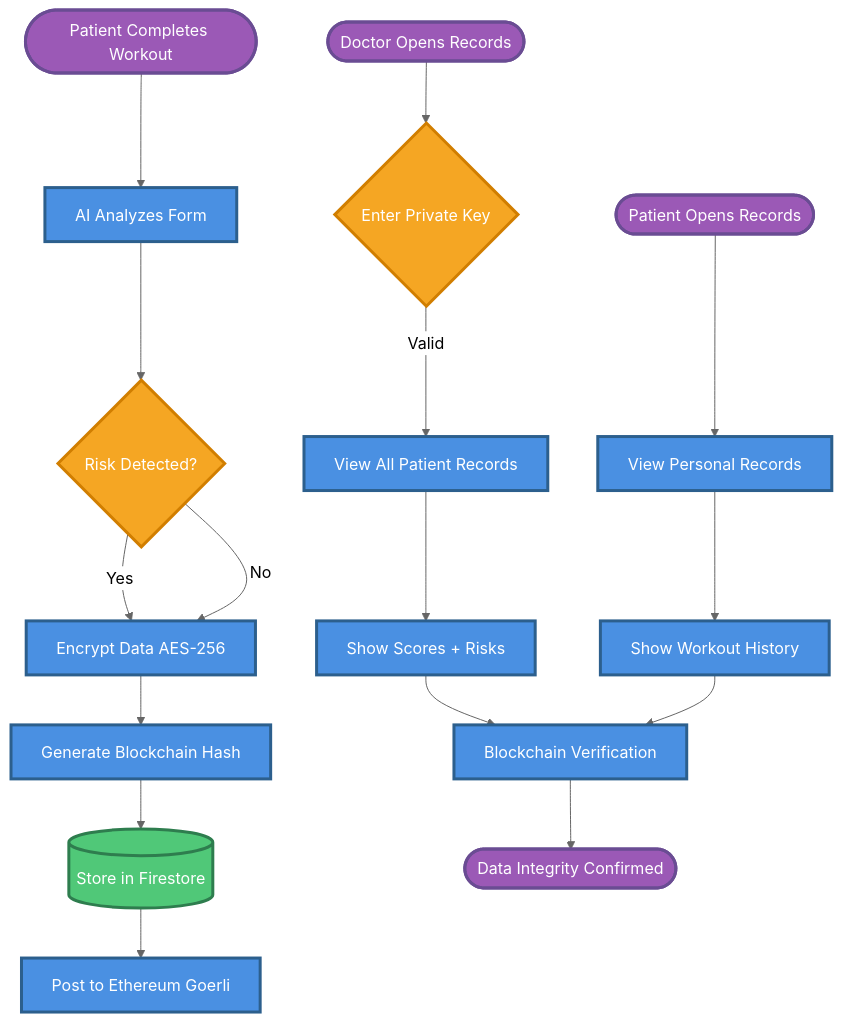
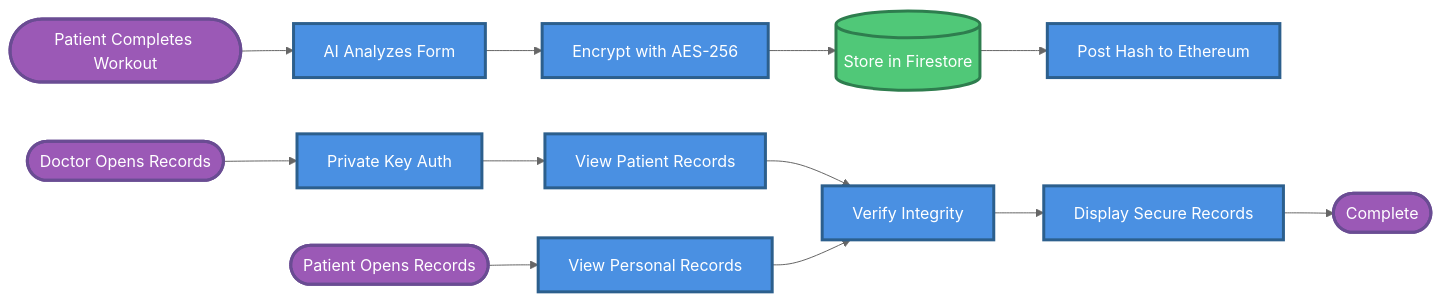
Before and after one commit to majidsafwaan2/gymguard: the diagram in BLOCKCHAIN_FLOWCHART_SIMPLE.md, drawn with Mermaid (neutral theme). The commit also changed other lines of this file, not shown here.

Commit message:
Optimize flowchart for horizontal 16:9 presentation format

````diff
--- a/BLOCKCHAIN_FLOWCHART_SIMPLE.md
+++ b/BLOCKCHAIN_FLOWCHART_SIMPLE.md
@@ -3,32 +3,26 @@
 ```mermaid
-flowchart TD
+flowchart LR
     Start([Patient Completes Workout]) --> AI[AI Analyzes Form]
-    AI --> Risk{Risk Detected?}
-    Risk -->|Yes| Encrypt[Encrypt Data AES-256]
-    Risk -->|No| Encrypt
-    Encrypt --> Hash[Generate Blockchain Hash]
-    Hash --> Store[(Store in Firestore)]
-    Store --> BC[Post to Ethereum Goerli]
+    AI --> Encrypt[Encrypt with AES-256]
+    Encrypt --> Store[(Store in Firestore)]
+    Store --> BC[Post Hash to Ethereum]
     
-    Doctor([Doctor Opens Records]) --> Auth{Enter Private Key}
-    Auth -->|Valid| View1[View All Patient Records]
-    View1 --> Show1[Show Scores + Risks]
+    Start2([Doctor Opens Records]) --> Auth[Private Key Auth]
+    Auth --> View1[View Patient Records]
     
-    Patient([Patient Opens Records]) --> View2[View Personal Records]
-    View2 --> Show2[Show Workout History]
+    Start3([Patient Opens Records]) --> View2[View Personal Records]
     
-    Show1 --> Verify[Blockchain Verification]
-    Show2 --> Verify
-    Verify --> End([Data Integrity Confirmed])
+    View1 --> Verify[Verify Integrity]
+    View2 --> Verify
+    Verify --> Show[Display Secure Records]
+    Show --> End([Complete])
     
     %% Styling
     classDef main fill:#4A90E2,stroke:#2C5F8D,stroke-width:3px,color:#fff
-    classDef decision fill:#F5A623,stroke:#D17E00,stroke-width:3px,color:#fff
     classDef store fill:#50C878,stroke:#2E7D4E,stroke-width:3px,color:#fff
     classDef start fill:#9B59B6,stroke:#6A4C93,stroke-width:3px,color:#fff
     
-    class AI,Encrypt,Hash,BC,View1,View2,Show1,Show2,Verify main
-    class Risk,Auth decision
+    class AI,Encrypt,BC,Auth,View1,View2,Verify,Show main
     class Store store
-    class Start,Doctor,Patient,End start
+    class Start,Start2,Start3,End start
 ```
````
